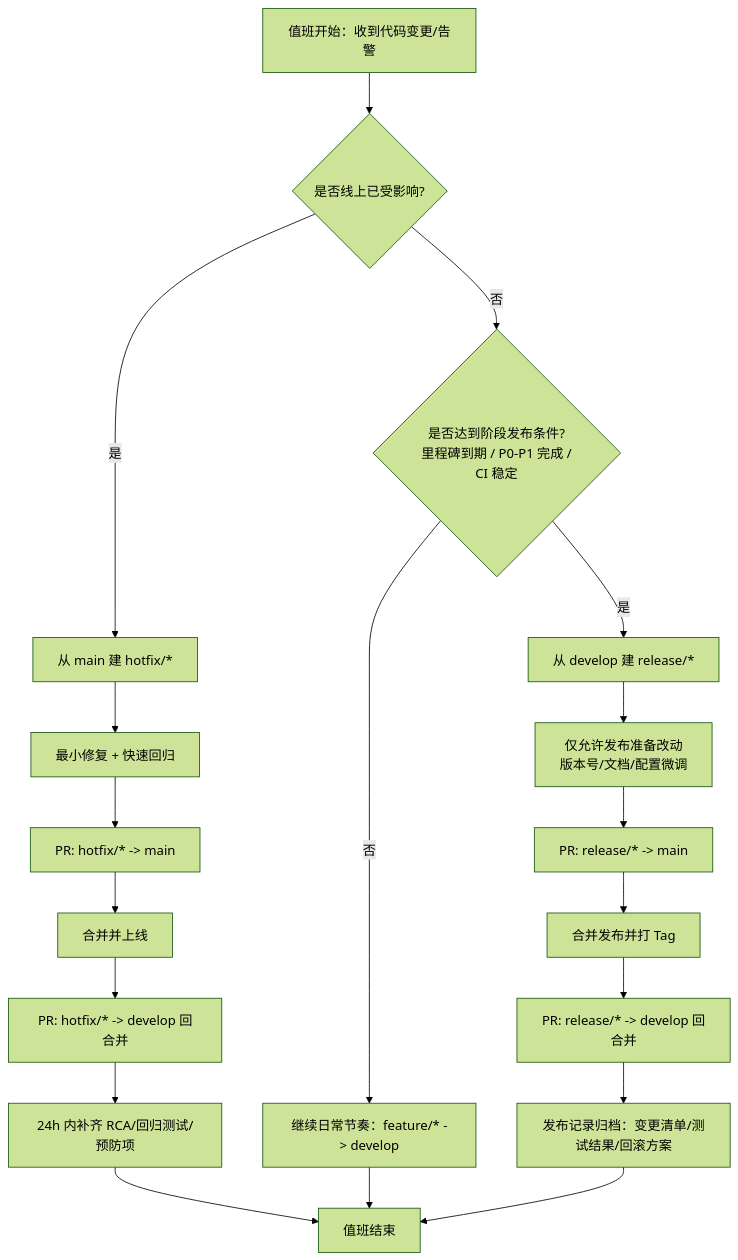
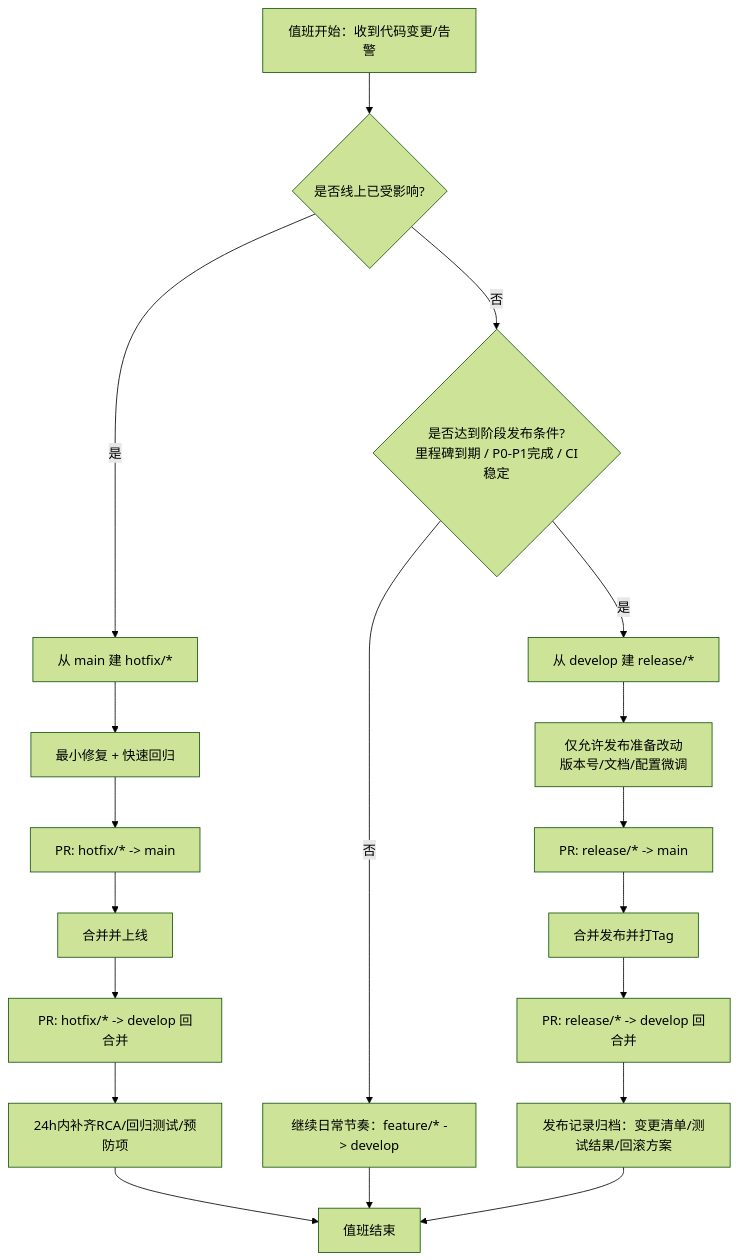
Before and after one commit to Inkyo-007/OA-EPP: the fifth of 5 diagrams in docs/第10章_软件产品介绍.md, drawn with Mermaid (forest theme). The commit also changed other lines of this file and 168 other files, not shown here.

````diff
--- a/docs/第10章_软件产品介绍.md
+++ b/docs/第10章_软件产品介绍.md
@@ -3602,24 +3071,24 @@
 ```mermaid
 flowchart TD
   A[值班开始：收到代码变更/告警] --> B{是否线上已受影响?}
 
   B -- 是 --> C[从 main 建 hotfix/*]
   C --> D[最小修复 + 快速回归]
   D --> E[PR: hotfix/* -> main]
   E --> F[合并并上线]
   F --> G[PR: hotfix/* -> develop 回合并]
-  G --> H[24h 内补齐 RCA/回归测试/预防项]
+  G --> H[24h内补齐RCA/回归测试/预防项]
   H --> Z[值班结束]
 
-  B -- 否 --> I{是否达到阶段发布条件?\n 里程碑到期 / P0-P1 完成 / CI 稳定}
+  B -- 否 --> I{是否达到阶段发布条件?\n里程碑到期 / P0-P1完成 / CI稳定}
   I -- 否 --> J[继续日常节奏：feature/* -> develop]
   J --> Z
 
   I -- 是 --> K[从 develop 建 release/*]
-  K --> L[仅允许发布准备改动\n 版本号/文档/配置微调]
+  K --> L[仅允许发布准备改动\n版本号/文档/配置微调]
   L --> M[PR: release/* -> main]
-  M --> N[合并发布并打 Tag]
+  M --> N[合并发布并打Tag]
   N --> O[PR: release/* -> develop 回合并]
   O --> P[发布记录归档：变更清单/测试结果/回滚方案]
   P --> Z
 ```
````
